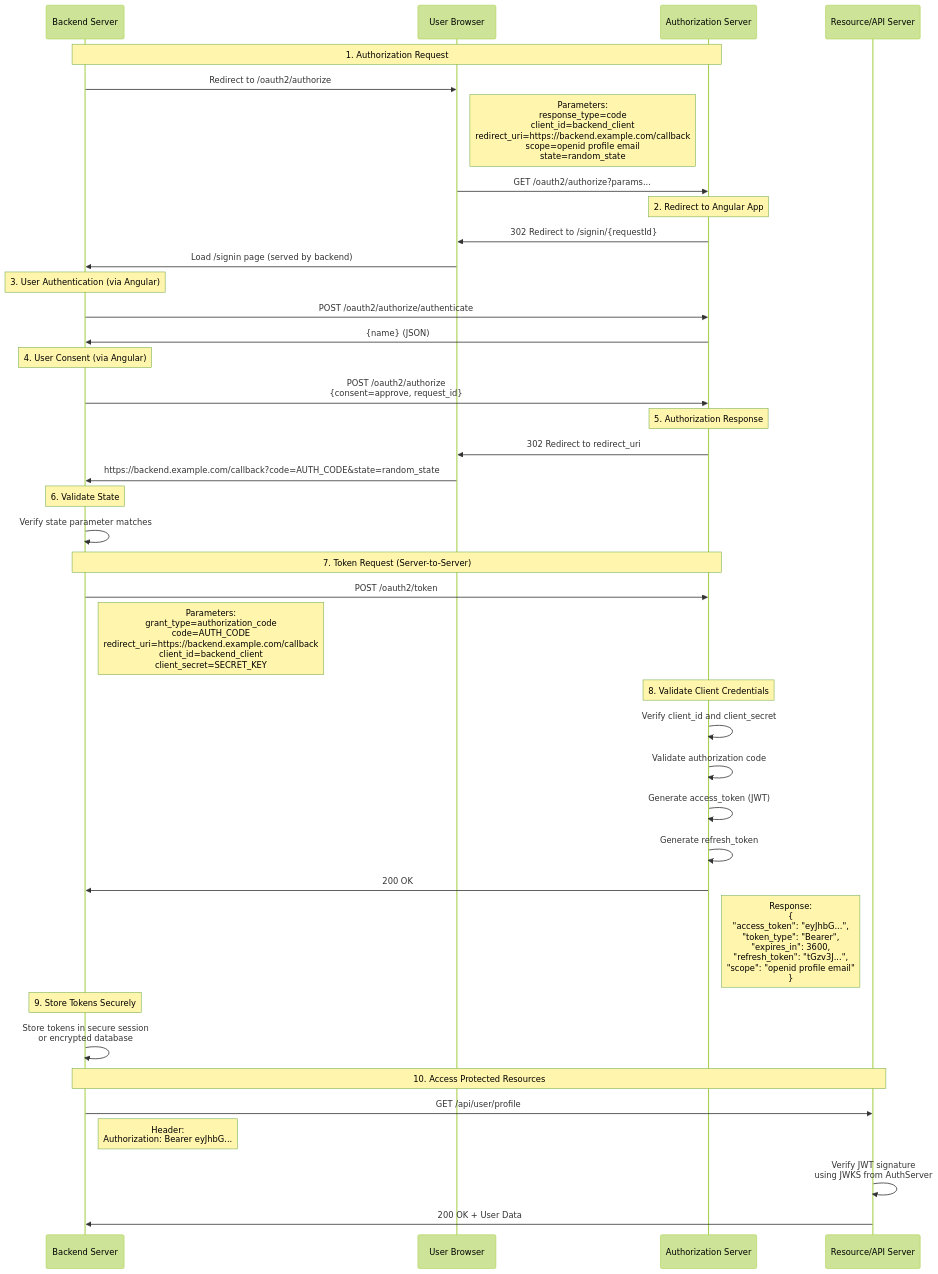
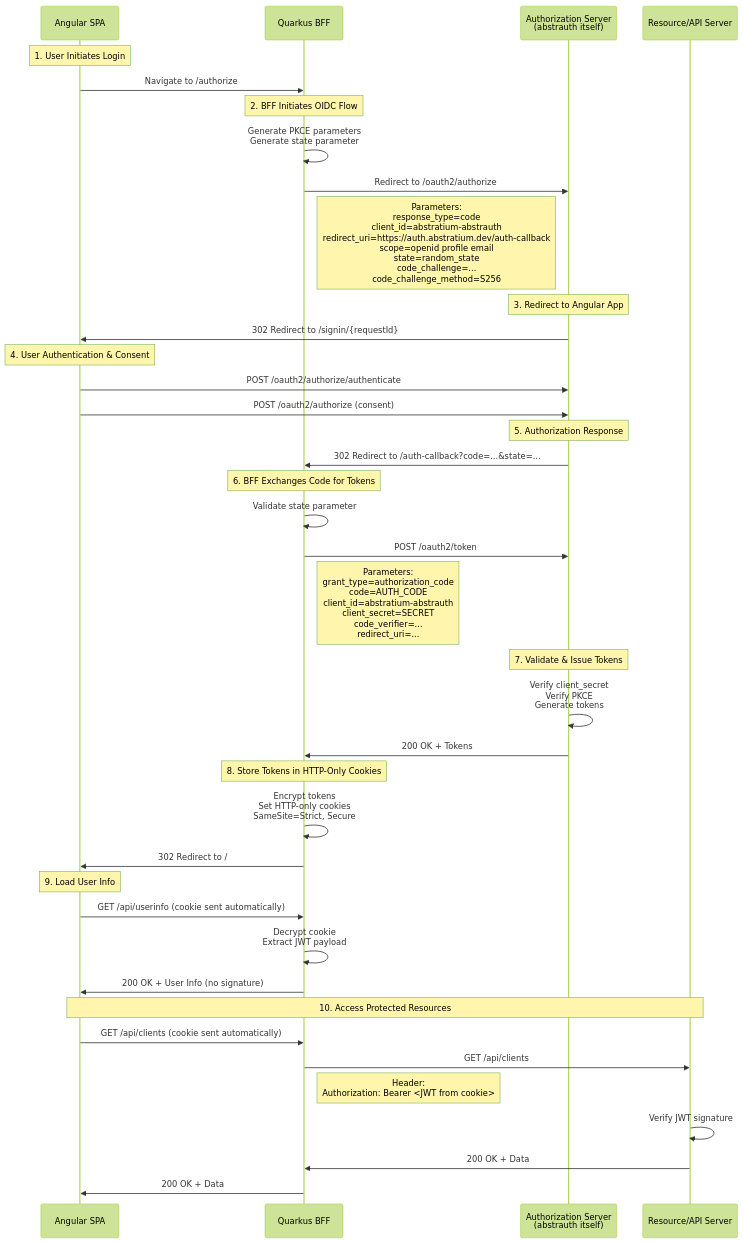
Before and after one commit to abstratium-dev/abstrauth: the first of 4 diagrams in docs/oauth/FLOWS.md, drawn with Mermaid (forest theme). The commit also changed other lines of this file and 46 other files, not shown here.

````diff
--- a/docs/oauth/FLOWS.md
+++ b/docs/oauth/FLOWS.md
@@ -215,54 +46,51 @@
 ```mermaid
 sequenceDiagram
-    participant Backend as Backend Server
-    participant Browser as User Browser
-    participant AuthServer as Authorization Server
+    participant SPA as Angular SPA
+    participant BFF as Quarkus BFF
+    participant AuthServer as Authorization Server<br/>(abstrauth itself)
     participant ResourceServer as Resource/API Server
 
-    Note over Backend,AuthServer: 1. Authorization Request
-    Backend->>Browser: Redirect to /oauth2/authorize
-    Note right of Browser: Parameters:<br/>response_type=code<br/>client_id=backend_client<br/>redirect_uri=https://backend.example.com/callback<br/>scope=openid profile email<br/>state=random_state
+    Note over SPA: 1. User Initiates Login
+    SPA->>BFF: Navigate to /authorize
     
-    Browser->>AuthServer: GET /oauth2/authorize?params...
+    Note over BFF: 2. BFF Initiates OIDC Flow
+    BFF->>BFF: Generate PKCE parameters<br/>Generate state parameter
+    BFF->>AuthServer: Redirect to /oauth2/authorize
+    Note right of BFF: Parameters:<br/>response_type=code<br/>client_id=abstratium-abstrauth<br/>redirect_uri=https://auth.abstratium.dev/auth-callback<br/>scope=openid profile email<br/>state=random_state<br/>code_challenge=...<br/>code_challenge_method=S256
     
-    Note over AuthServer: 2. Redirect to Angular App
-    AuthServer->>Browser: 302 Redirect to /signin/{requestId}
-    Browser->>Backend: Load /signin page (served by backend)
+    Note over AuthServer: 3. Redirect to Angular App
+    AuthServer->>SPA: 302 Redirect to /signin/{requestId}
     
-    Note over Backend: 3. User Authentication (via Angular)
-    Backend->>AuthServer: POST /oauth2/authorize/authenticate
-    AuthServer->>Backend: {name} (JSON)
-    
-    Note over Backend: 4. User Consent (via Angular)
-    Backend->>AuthServer: POST /oauth2/authorize<br/>{consent=approve, request_id}
+    Note over SPA: 4. User Authentication & Consent
+    SPA->>AuthServer: POST /oauth2/authorize/authenticate
+    SPA->>AuthServer: POST /oauth2/authorize (consent)
     
     Note over AuthServer: 5. Authorization Response
-    AuthServer->>Browser: 302 Redirect to redirect_uri
-    Browser->>Backend: https://backend.example.com/callback?code=AUTH_CODE&state=random_state
+    AuthServer->>BFF: 302 Redirect to /auth-callback?code=...&state=...
     
-    Note over Backend: 6. Validate State
-    Backend->>Backend: Verify state parameter matches
+    Note over BFF: 6. BFF Exchanges Code for Tokens
+    BFF->>BFF: Validate state parameter
+    BFF->>AuthServer: POST /oauth2/token
+    Note right of BFF: Parameters:<br/>grant_type=authorization_code<br/>code=AUTH_CODE<br/>client_id=abstratium-abstrauth<br/>client_secret=SECRET<br/>code_verifier=...<br/>redirect_uri=...
     
-    Note over Backend,AuthServer: 7. Token Request (Server-to-Server)
-    Backend->>AuthServer: POST /oauth2/token
-    Note right of Backend: Parameters:<br/>grant_type=authorization_code<br/>code=AUTH_CODE<br/>redirect_uri=https://backend.example.com/callback<br/>client_id=backend_client<br/>client_secret=SECRET_KEY
+    Note over AuthServer: 7. Validate & Issue Tokens
+    AuthServer->>AuthServer: Verify client_secret<br/>Verify PKCE<br/>Generate tokens
+    AuthServer->>BFF: 200 OK + Tokens
     
-    Note over AuthServer: 8. Validate Client Credentials
-    AuthServer->>AuthServer: Verify client_id and client_secret
-    AuthServer->>AuthServer: Validate authorization code
-    AuthServer->>AuthServer: Generate access_token (JWT)
-    AuthServer->>AuthServer: Generate refresh_token
+    Note over BFF: 8. Store Tokens in HTTP-Only Cookies
+    BFF->>BFF: Encrypt tokens<br/>Set HTTP-only cookies<br/>SameSite=Strict, Secure
+    BFF->>SPA: 302 Redirect to /
     
-    AuthServer->>Backend: 200 OK
-    Note right of AuthServer: Response:<br/>{<br/>  "access_token": "eyJhbG...",<br/>  "token_type": "Bearer",<br/>  "expires_in": 3600,<br/>  "refresh_token": "tGzv3J...",<br/>  "scope": "openid profile email"<br/>}
+    Note over SPA: 9. Load User Info
+    SPA->>BFF: GET /api/userinfo (cookie sent automatically)
+    BFF->>BFF: Decrypt cookie<br/>Extract JWT payload
+    BFF->>SPA: 200 OK + User Info (no signature)
     
-    Note over Backend: 9. Store Tokens Securely
-    Backend->>Backend: Store tokens in secure session<br/>or encrypted database
-    
-    Note over Backend,ResourceServer: 10. Access Protected Resources
-    Backend->>ResourceServer: GET /api/user/profile
-    Note right of Backend: Header:<br/>Authorization: Bearer eyJhbG...
-    
-    ResourceServer->>ResourceServer: Verify JWT signature<br/>using JWKS from AuthServer
-    ResourceServer->>Backend: 200 OK + User Data
+    Note over SPA,ResourceServer: 10. Access Protected Resources
+    SPA->>BFF: GET /api/clients (cookie sent automatically)
+    BFF->>ResourceServer: GET /api/clients
+    Note right of BFF: Header:<br/>Authorization: Bearer <JWT from cookie>
+    ResourceServer->>ResourceServer: Verify JWT signature
+    ResourceServer->>BFF: 200 OK + Data
+    BFF->>SPA: 200 OK + Data
 ```
````
